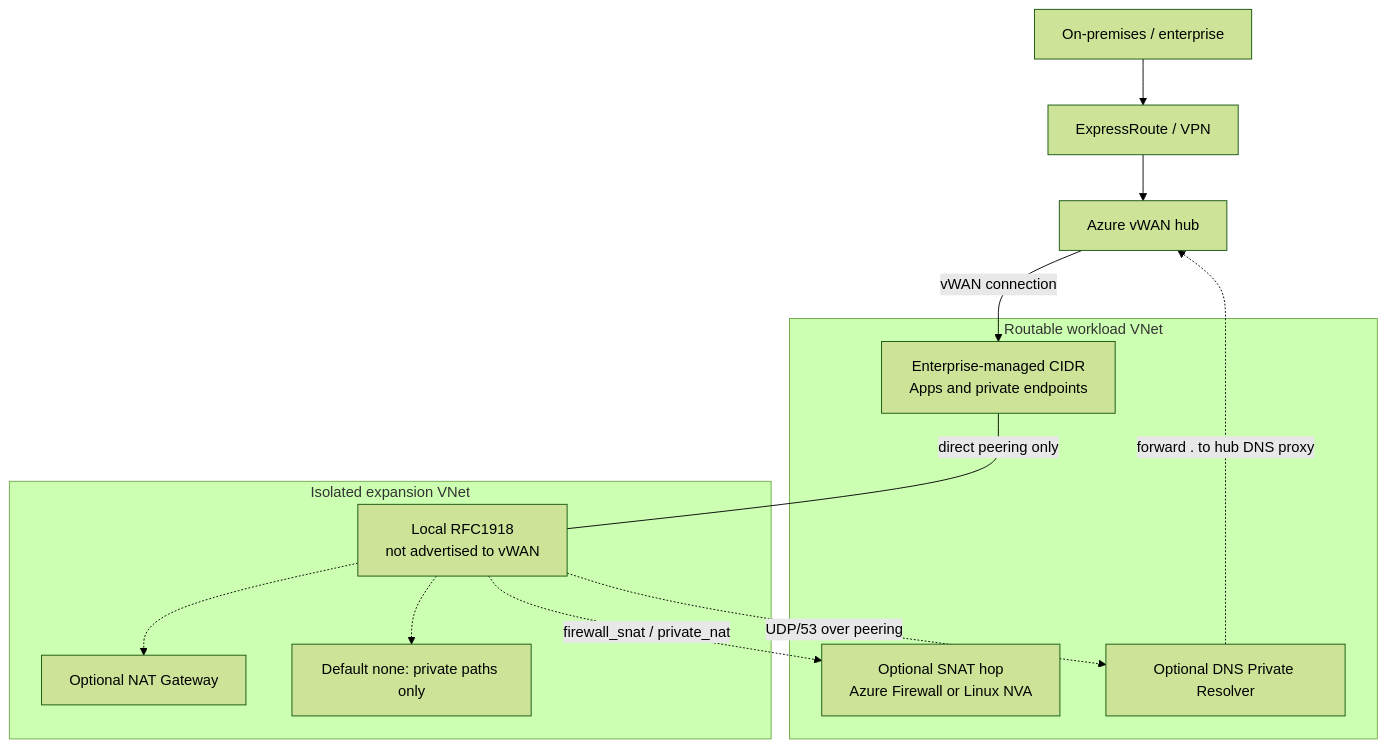
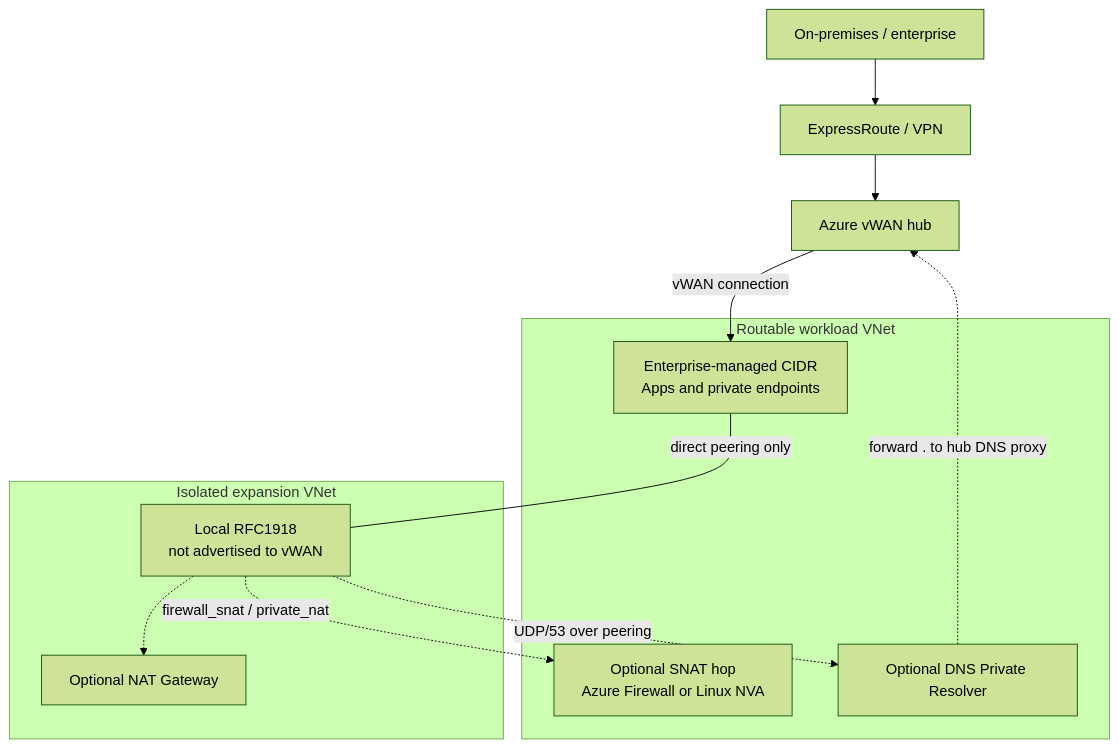
The diagram in isolated_expansion_vnet/README.md (bcgov/azure-lz-terraform-modules), drawn with Mermaid (forest theme) before and after one commit. The commit also changed other lines of this file, not shown here.

Commit message:
Drop the none-mode box from the expansion architecture diagram.
none is the absence of extra hops, not a component, so it belongs in the caption rather than as a third box beside NAT and SNAT.

````diff
--- a/isolated_expansion_vnet/README.md
+++ b/isolated_expansion_vnet/README.md
@@ -23,27 +23,25 @@
 ```mermaid
 flowchart TB
   ONPREM["On-premises / enterprise"]
   ER["ExpressRoute / VPN"]
   HUB["Azure vWAN hub"]
 
   subgraph spoke["Routable workload VNet"]
     APPS["Enterprise-managed CIDR<br/>Apps and private endpoints"]
     SNAT["Optional SNAT hop<br/>Azure Firewall or Linux NVA"]
     DNS["Optional DNS Private Resolver"]
   end
 
   subgraph expansion["Isolated expansion VNet"]
     WORK["Local RFC1918<br/>not advertised to vWAN"]
     NAT["Optional NAT Gateway"]
-    NONE["Default none: private paths only"]
   end
 
   ONPREM --> ER --> HUB
   HUB -->|"vWAN connection"| APPS
   APPS ---|"direct peering only"| WORK
   WORK -.->|"firewall_snat / private_nat"| SNAT
   WORK -.-> NAT
-  WORK -.-> NONE
   WORK -.->|"UDP/53 over peering"| DNS
   DNS -.->|"forward . to hub DNS proxy"| HUB
 ```
````
